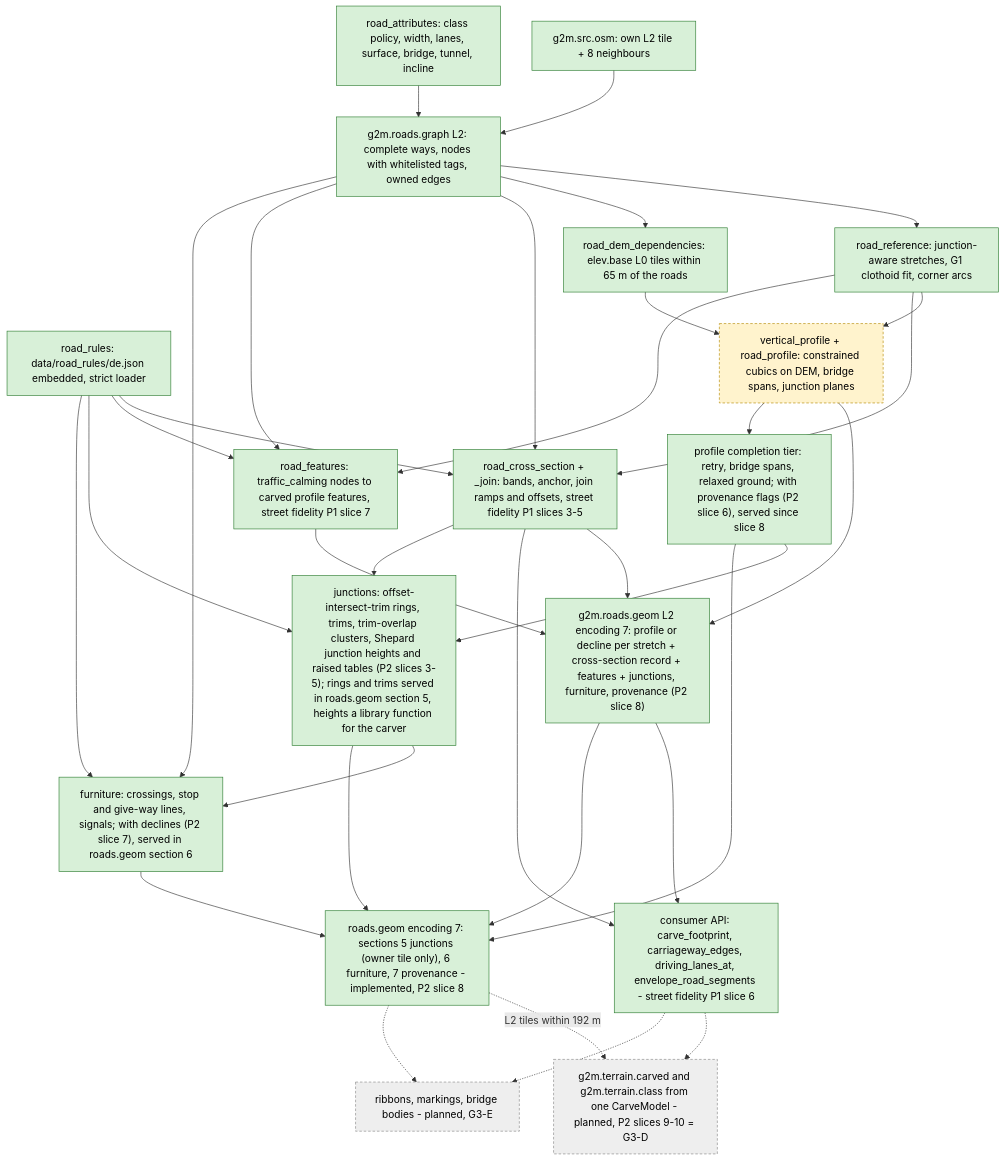
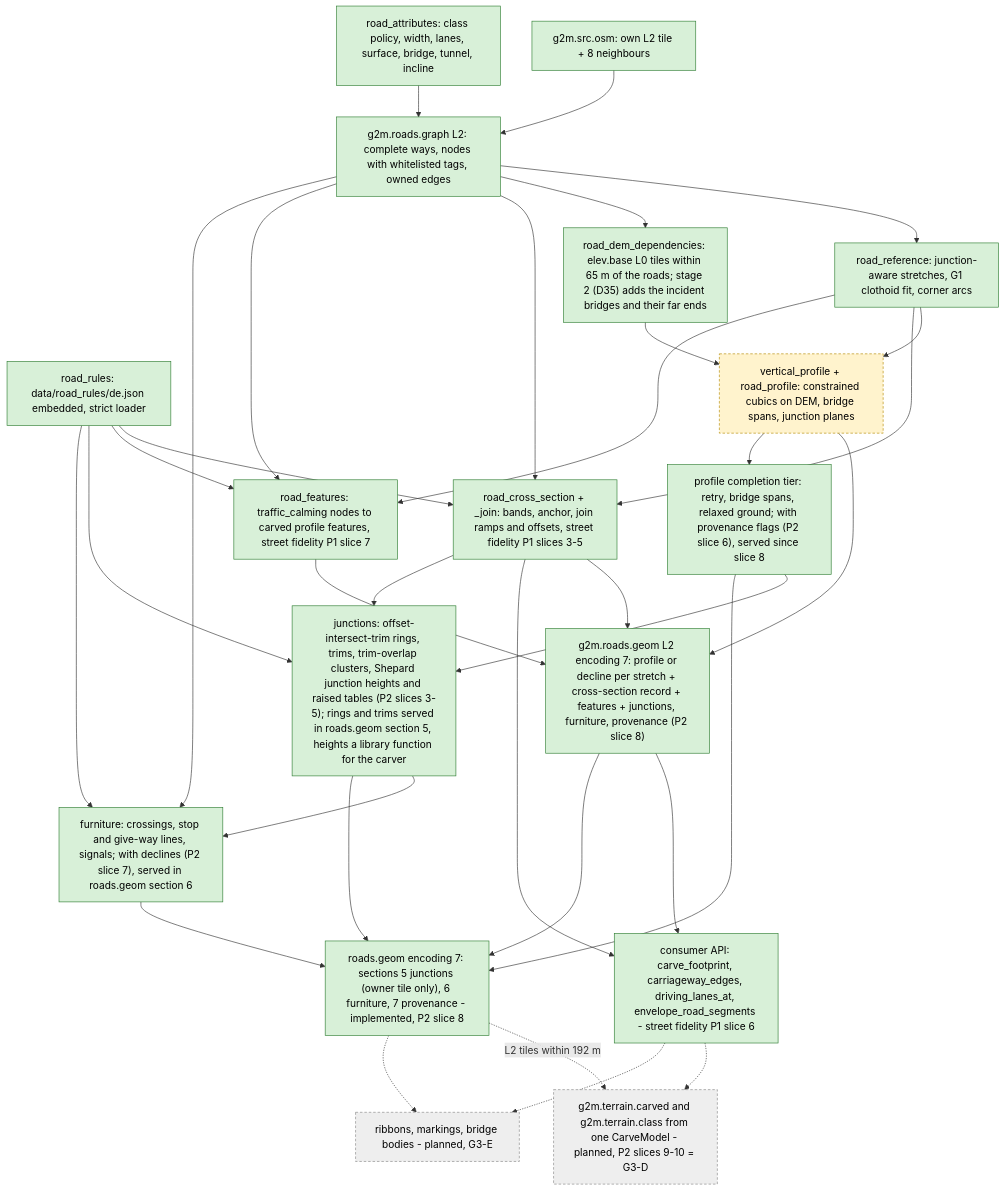
Before and after one commit to SebastianDanielFrenz/geo2map_engine: the diagram in docs/pipeline/roads.md, drawn with Mermaid. The commit also changed other lines of this file and 16 other files, not shown here.

````diff
--- a/docs/pipeline/roads.md
+++ b/docs/pipeline/roads.md
@@ -7,56 +7,56 @@
 ```mermaid
 flowchart TD
   OSM9["g2m.src.osm: own L2 tile + 8 neighbours"]
   ATTR["road_attributes: class policy, width, lanes, surface, bridge, tunnel, incline"]
   GRAPH["g2m.roads.graph L2: complete ways, nodes with whitelisted tags, owned edges"]
   RULES["road_rules: data/road_rules/de.json embedded, strict loader"]
   XS["road_cross_section + _join: bands, anchor, join ramps and offsets, street fidelity P1 slices 3-5"]
   API["consumer API: carve_footprint, carriageway_edges, driving_lanes_at, envelope_road_segments - street fidelity P1 slice 6"]
   REF["road_reference: junction-aware stretches, G1 clothoid fit, corner arcs"]
-  DEMDEP["road_dem_dependencies: elev.base L0 tiles within 65 m of the roads"]
+  DEMDEP["road_dem_dependencies: elev.base L0 tiles within 65 m of the roads; stage 2 (D35) adds the incident bridges and their far ends"]
   PROF["vertical_profile + road_profile: constrained cubics on DEM, bridge spans, junction planes"]
   FEAT["road_features: traffic_calming nodes to carved profile features, street fidelity P1 slice 7"]
   GEOM["g2m.roads.geom L2 encoding 7: profile or decline per stretch + cross-section record + features + junctions, furniture, provenance (P2 slice 8)"]
   COMPL["profile completion tier: retry, bridge spans, relaxed ground; with provenance flags (P2 slice 6), served since slice 8"]
   JUNC["junctions: offset-intersect-trim rings, trims, trim-overlap clusters, Shepard junction heights and raised tables (P2 slices 3-5); rings and trims served in roads.geom section 5, heights a library function for the carver"]
   FURN["furniture: crossings, stop and give-way lines, signals; with declines (P2 slice 7), served in roads.geom section 6"]
   GEOM7["roads.geom encoding 7: sections 5 junctions (owner tile only), 6 furniture, 7 provenance - implemented, P2 slice 8"]
   CARVE["g2m.terrain.carved and g2m.terrain.class from one CarveModel - planned, P2 slices 9-10 = G3-D"]
   RIB["ribbons, markings, bridge bodies - planned, G3-E"]
   OSM9 --> GRAPH
   ATTR --> GRAPH
   GRAPH --> REF --> PROF
   GRAPH --> DEMDEP --> PROF
   RULES --> XS
   GRAPH --> XS
   REF --> XS
   XS --> GEOM
   GRAPH --> FEAT
   REF --> FEAT
   RULES --> FEAT
   FEAT --> GEOM
   PROF --> GEOM
   XS --> API
   GEOM --> API
   PROF --> COMPL
   COMPL --> JUNC
   XS --> JUNC
   RULES --> JUNC
   JUNC --> FURN
   GRAPH --> FURN
   RULES --> FURN
   COMPL --> GEOM7
   JUNC --> GEOM7
   FURN --> GEOM7
   GEOM --> GEOM7
   GEOM7 -.->|"L2 tiles within 192 m"| CARVE
   API -.-> CARVE
   API -.-> RIB
   GEOM7 -.-> RIB
   classDef done fill:#d8f0d8,stroke:#2e7d32,color:#000;
   classDef part fill:#fff3cd,stroke:#b58900,stroke-dasharray:4 3,color:#000;
   classDef plan fill:#eeeeee,stroke:#888888,stroke-dasharray:4 3,color:#000;
   class OSM9,ATTR,GRAPH,REF,DEMDEP,GEOM,RULES,XS,API,FEAT,COMPL,JUNC,FURN,GEOM7 done;
   class PROF part;
   class CARVE,RIB plan;
 ```
````
